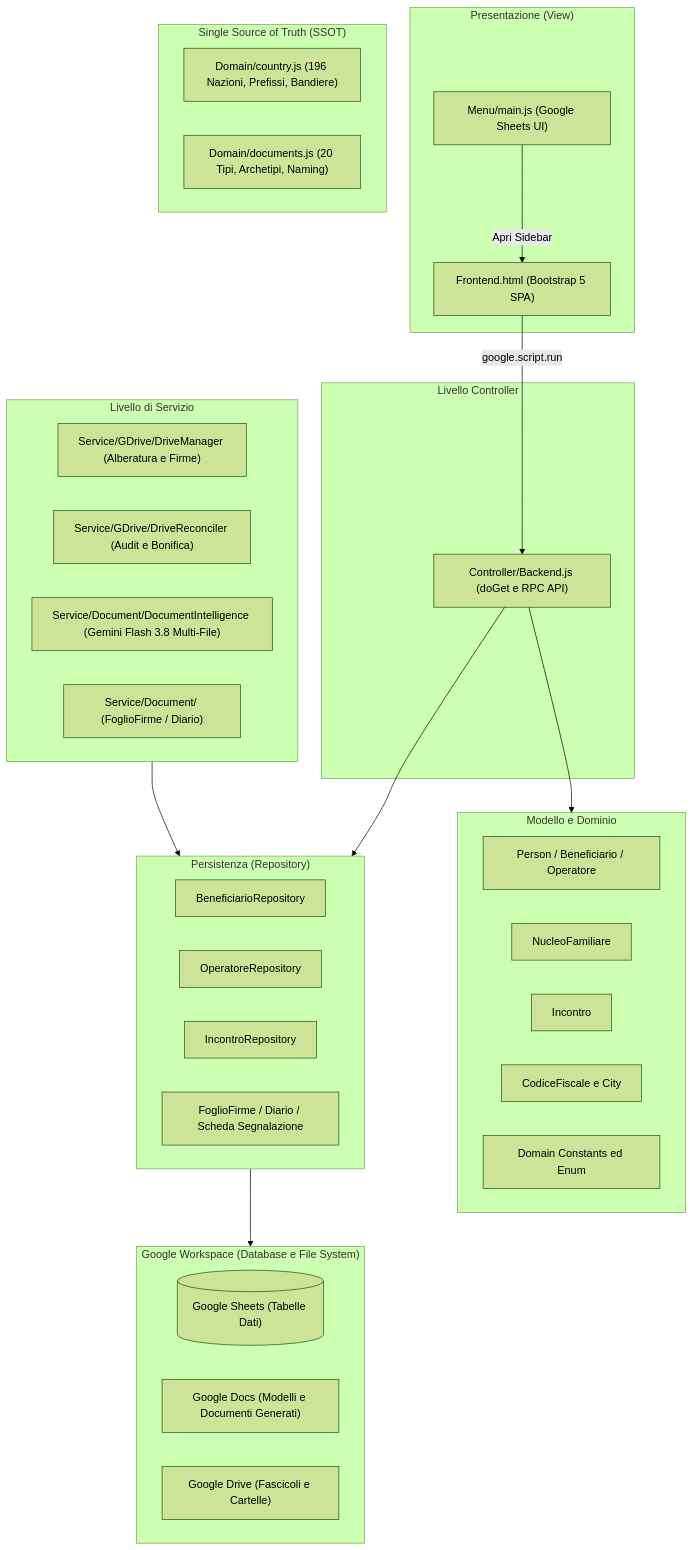
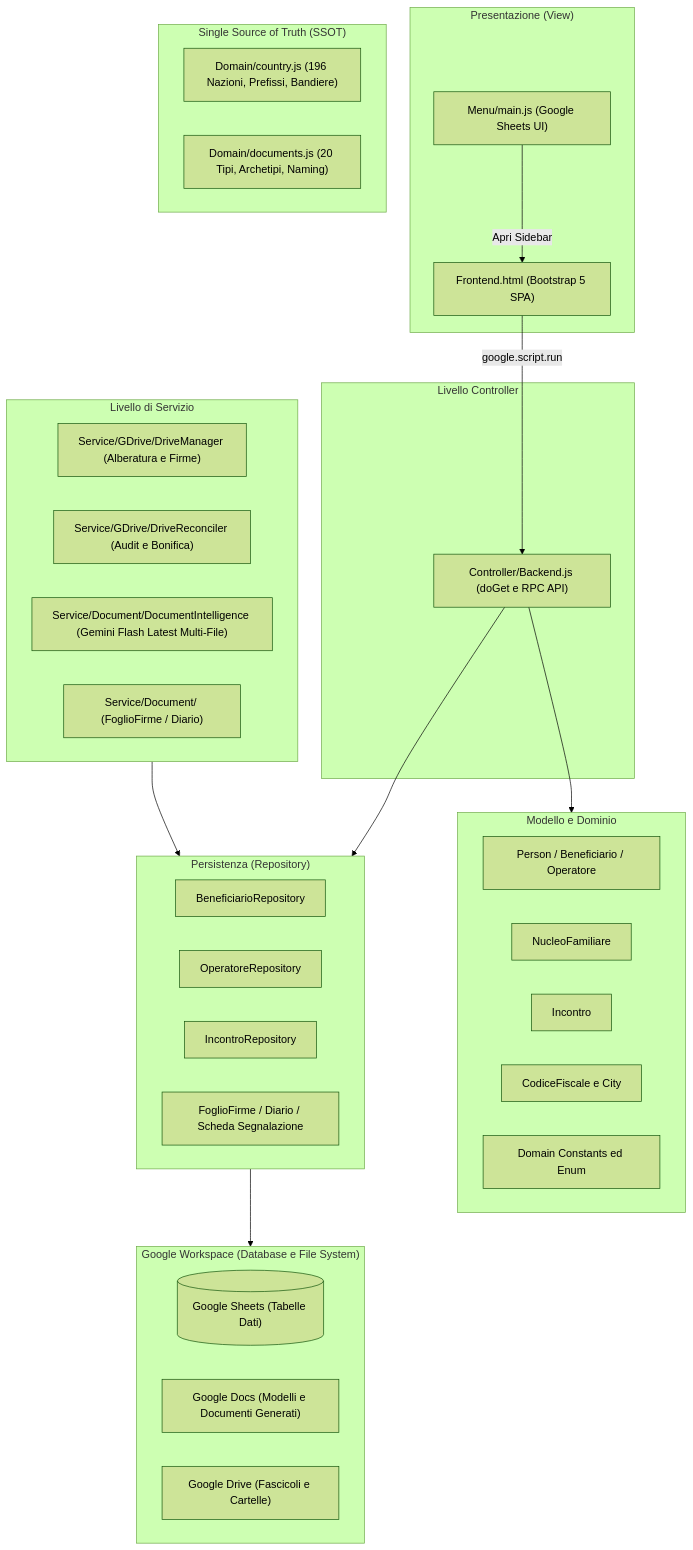
Before and after one commit to La-Bussola-dell-Abitare/gas-webapp: the diagram in README.md, drawn with Mermaid (forest theme). The commit also changed other lines of this file and 10 other files, not shown here.

First line of the commit message:
feat(ai): cascata tier generici gemini flash, lite e pro latest

````diff
--- a/README.md
+++ b/README.md
@@ -190,51 +190,51 @@
 ```mermaid
 flowchart TD
     subgraph View ["Presentazione (View)"]
         UI["Frontend.html (Bootstrap 5 SPA)"]
         Sidebar["Menu/main.js (Google Sheets UI)"]
     end
 
     subgraph Controller ["Livello Controller"]
         Backend["Controller/Backend.js (doGet e RPC API)"]
     end
 
     subgraph Domain ["Single Source of Truth (SSOT)"]
         Countries["Domain/country.js (196 Nazioni, Prefissi, Bandiere)"]
         Documents["Domain/documents.js (20 Tipi, Archetipi, Naming)"]
     end
 
     subgraph Service ["Livello di Servizio"]
         DriveMgr["Service/GDrive/DriveManager (Alberatura e Firme)"]
         DriveRec["Service/GDrive/DriveReconciler (Audit e Bonifica)"]
-        DocAI["Service/Document/DocumentIntelligence (Gemini Flash 3.8 Multi-File)"]
+        DocAI["Service/Document/DocumentIntelligence (Gemini Flash Latest Multi-File)"]
         DocGen["Service/Document/ (FoglioFirme / Diario)"]
     end
 
     subgraph Model ["Modello e Dominio"]
         Person["Person / Beneficiario / Operatore"]
         Nucleo["NucleoFamiliare"]
         Incontro["Incontro"]
         CF["CodiceFiscale e City"]
         Constants["Domain Constants ed Enum"]
     end
 
     subgraph Repository ["Persistenza (Repository)"]
         BenRepo["BeneficiarioRepository"]
         OpRepo["OperatoreRepository"]
         IncRepo["IncontroRepository"]
         DocRepo["FoglioFirme / Diario / Scheda Segnalazione"]
     end
 
     subgraph Storage ["Google Workspace (Database e File System)"]
         GSheets[("Google Sheets (Tabelle Dati)")]
         GDocs["Google Docs (Modelli e Documenti Generati)"]
         GDrive["Google Drive (Fascicoli e Cartelle)"]
     end
 
     UI -->|"google.script.run"| Backend
     Sidebar -->|"Apri Sidebar"| UI
     Backend --> Model
     Backend --> Repository
     Service --> Repository
     Repository --> Storage
 ```
````
